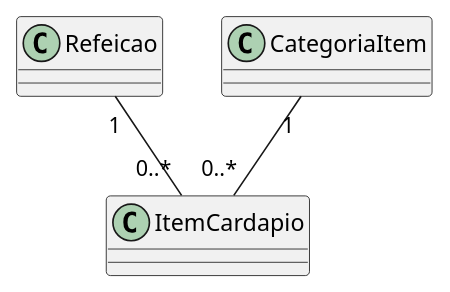
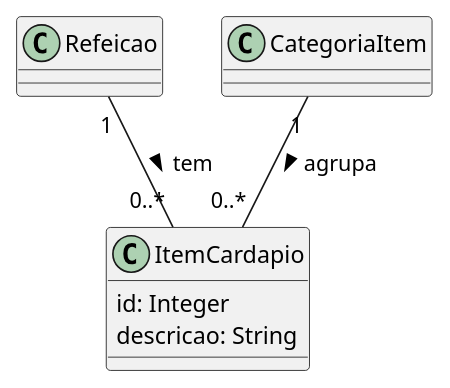
The diagram in Integracao/entidades/Entidade-ItemCardapio.md (joseduardogon/Minha_UFG_Grupo_Cinza), drawn with PlantUML before and after one commit. The commit also changed other lines of this file and 131 other files, not shown here.

````diff
--- a/Integracao/entidades/Entidade-ItemCardapio.md
+++ b/Integracao/entidades/Entidade-ItemCardapio.md
@@ -39,7 +42,10 @@
 ```plantuml
-class ItemCardapio
+class ItemCardapio {
+  id: Integer
+  descricao: String
+}
 class Refeicao
 class CategoriaItem
-Refeicao "1" -- "0..*" ItemCardapio
-CategoriaItem "1" -- "0..*" ItemCardapio
+Refeicao "1" -- "0..*" ItemCardapio : tem >
+CategoriaItem "1" -- "0..*" ItemCardapio : agrupa >
 ```
````
